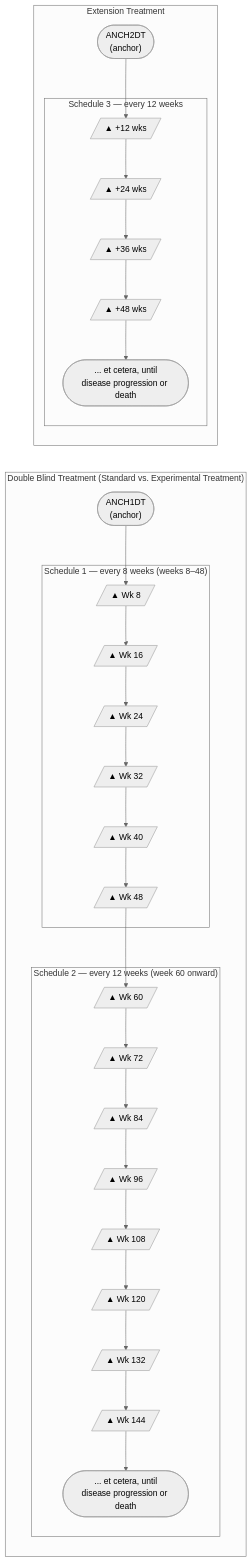
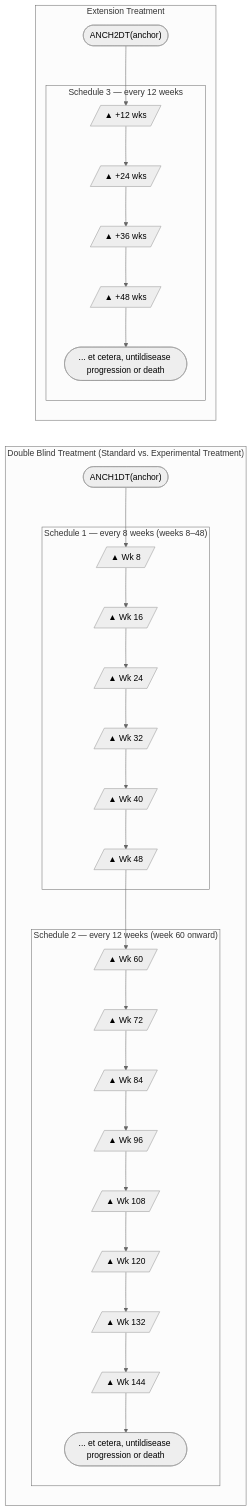
Before and after one commit to hakupao/sdtm-pedia: the third of 3 diagrams in knowledge_base/domains/TD/examples.md, drawn with Mermaid (neutral theme). The commit also changed other lines of this file and 72 other files, not shown here.

````diff
--- a/knowledge_base/domains/TD/examples.md
+++ b/knowledge_base/domains/TD/examples.md
@@ -107,39 +107,39 @@
 ```mermaid
 graph LR
     subgraph DBT["Double Blind Treatment (Standard vs. Experimental Treatment)"]
-        ANCH1DT(["ANCH1DT\n(anchor)"])
+        ANCH1DT(["ANCH1DT(anchor)"])
         subgraph S1["Schedule 1 — every 8 weeks (weeks 8–48)"]
             C8[/"▲ Wk 8"/]
             C16[/"▲ Wk 16"/]
             C24[/"▲ Wk 24"/]
             C32[/"▲ Wk 32"/]
             C40[/"▲ Wk 40"/]
             C48[/"▲ Wk 48"/]
         end
         subgraph S2["Schedule 2 — every 12 weeks (week 60 onward)"]
             C60[/"▲ Wk 60"/]
             C72[/"▲ Wk 72"/]
             C84[/"▲ Wk 84"/]
             C96[/"▲ Wk 96"/]
             C108[/"▲ Wk 108"/]
             C120[/"▲ Wk 120"/]
             C132[/"▲ Wk 132"/]
             C144[/"▲ Wk 144"/]
-            ETC1(["... et cetera, until\ndisease progression or death"])
+            ETC1(["... et cetera, untildisease progression or death"])
         end
         ANCH1DT --> C8 --> C16 --> C24 --> C32 --> C40 --> C48
         C48 --> C60 --> C72 --> C84 --> C96 --> C108 --> C120 --> C132 --> C144 --> ETC1
     end
 
     subgraph EXT["Extension Treatment"]
-        ANCH2DT(["ANCH2DT\n(anchor)"])
+        ANCH2DT(["ANCH2DT(anchor)"])
         subgraph S3["Schedule 3 — every 12 weeks"]
             D12[/"▲ +12 wks"/]
             D24[/"▲ +24 wks"/]
             D36[/"▲ +36 wks"/]
             D48[/"▲ +48 wks"/]
-            ETC2(["... et cetera, until\ndisease progression or death"])
+            ETC2(["... et cetera, untildisease progression or death"])
         end
         ANCH2DT --> D12 --> D24 --> D36 --> D48 --> ETC2
     end
 ```
````
